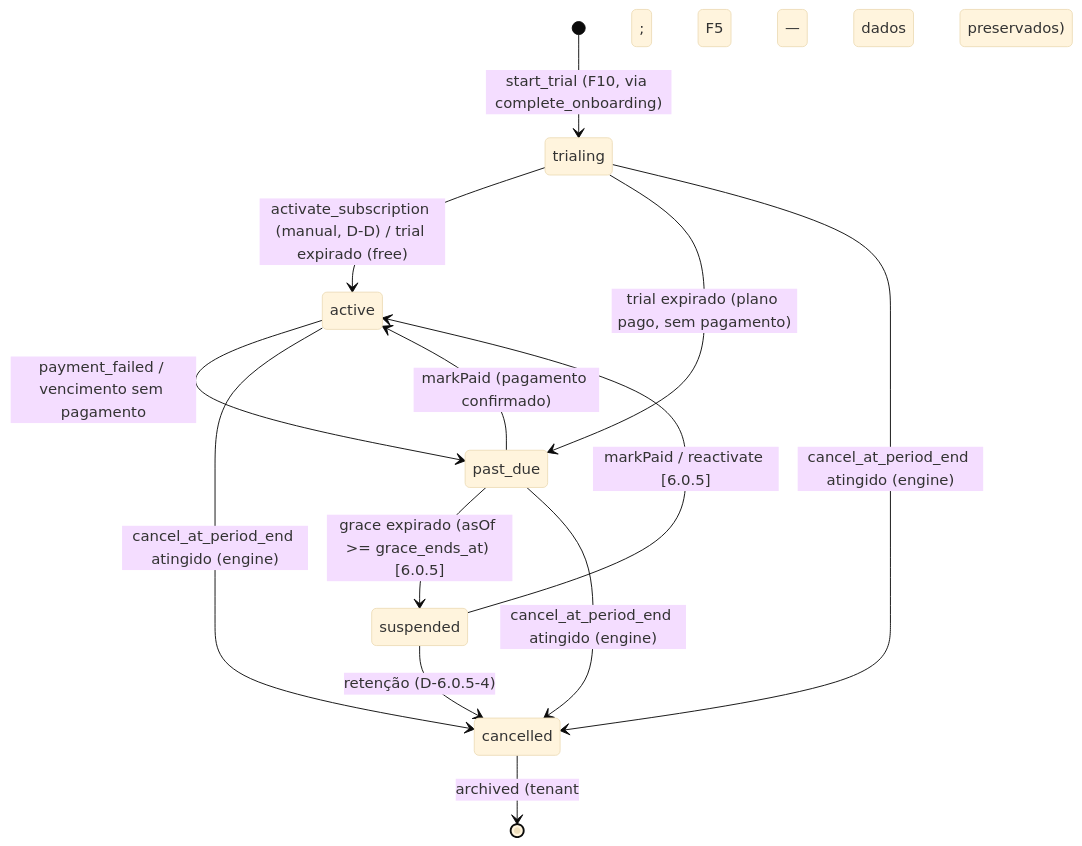
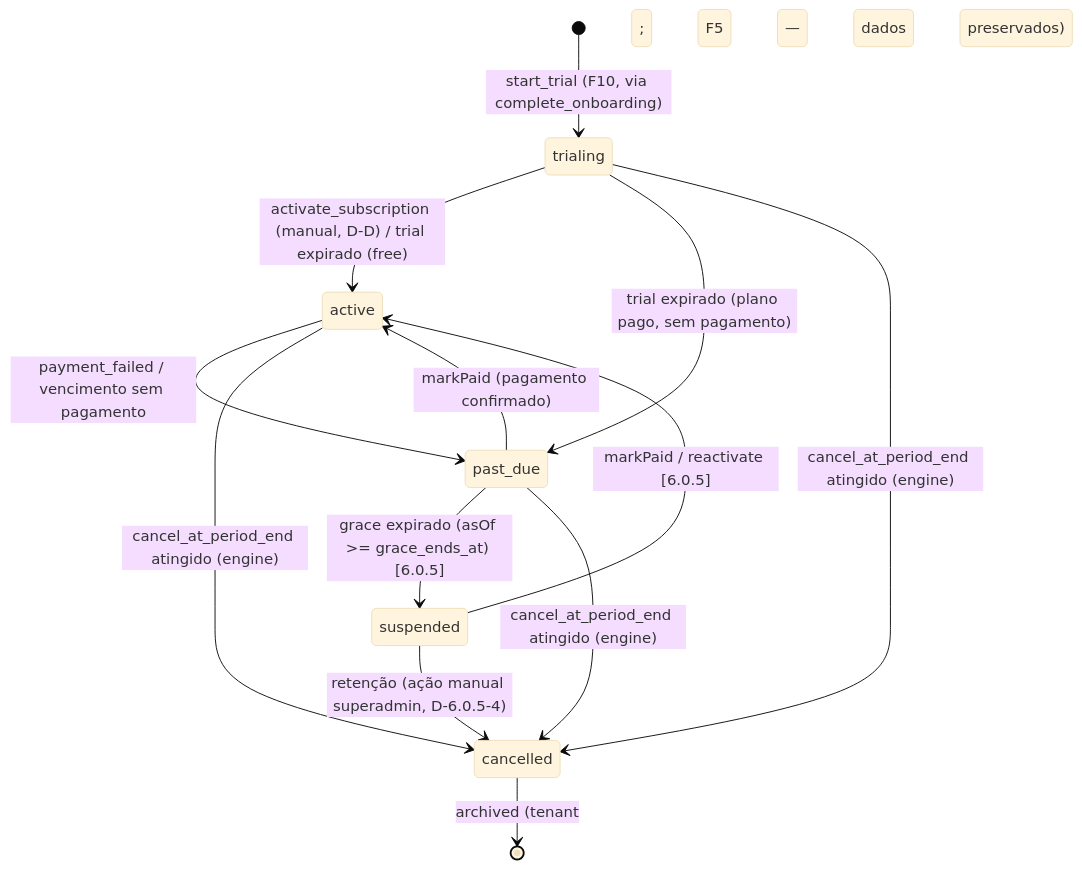
The diagram in docs/SUBSCRIPTION_MODEL.md (augustosanchesmanager-ux/sou-manager), drawn with Mermaid (base theme) before and after one commit. The commit also changed other lines of this file and 10 other files, not shown here.

````diff
--- a/docs/SUBSCRIPTION_MODEL.md
+++ b/docs/SUBSCRIPTION_MODEL.md
@@ -53,15 +53,15 @@
 ```mermaid
 stateDiagram-v2
     [*] --> trialing: start_trial (F10, via complete_onboarding)
     trialing --> active: activate_subscription (manual, D-D) / trial expirado (free)
     trialing --> past_due: trial expirado (plano pago, sem pagamento)
     active --> past_due: payment_failed / vencimento sem pagamento
     past_due --> active: markPaid (pagamento confirmado)
     past_due --> suspended: grace expirado (asOf >= grace_ends_at) [6.0.5]
     suspended --> active: markPaid / reactivate [6.0.5]
-    suspended --> cancelled: retenção (D-6.0.5-4)
+    suspended --> cancelled: retenção (ação manual superadmin, D-6.0.5-4)
     trialing --> cancelled: cancel_at_period_end atingido (engine)
     active --> cancelled: cancel_at_period_end atingido (engine)
     past_due --> cancelled: cancel_at_period_end atingido (engine)
     cancelled --> [*]: archived (tenant; F5 — dados preservados)
 ```
````
